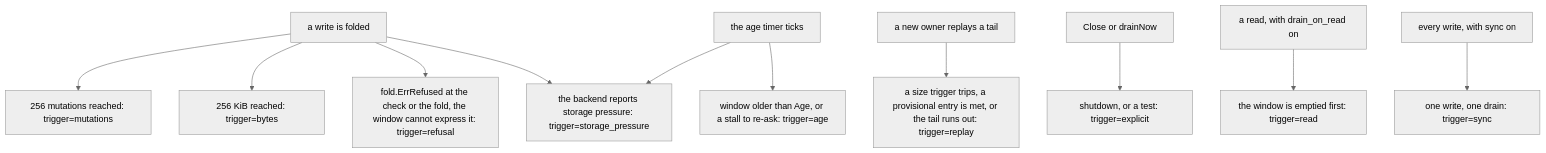
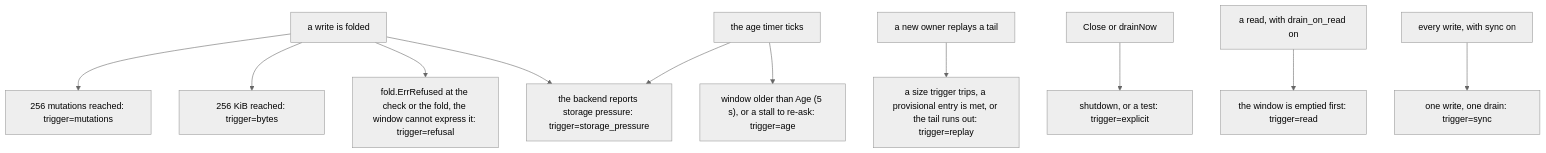
One commit to aromanovich/waltz changed the third of 9 diagrams in docs/handbook/05-write-path.md. Above: the diagram before and after it, drawn with Mermaid (neutral theme). The commit also changed other lines of this file and 15 other files, not shown here.

````diff
--- a/docs/handbook/05-write-path.md
+++ b/docs/handbook/05-write-path.md
@@ -286,13 +273,13 @@
 ```mermaid
 flowchart TD
   W["a write is folded"] --> M["256 mutations reached: trigger=mutations"]
   W --> B["256 KiB reached: trigger=bytes"]
   W --> RF["fold.ErrRefused at the check or the fold, the window cannot express it: trigger=refusal"]
   W --> P["the backend reports storage pressure: trigger=storage_pressure"]
-  T["the age timer ticks"] --> A["window older than Age, or a stall to re-ask: trigger=age"]
+  T["the age timer ticks"] --> A["window older than Age (5 s), or a stall to re-ask: trigger=age"]
   T --> P
   RP["a new owner replays a tail"] --> R["a size trigger trips, a provisional entry is met, or the tail runs out: trigger=replay"]
   X["Close or drainNow"] --> E["shutdown, or a test: trigger=explicit"]
   RD["a read, with drain_on_read on"] --> D["the window is emptied first: trigger=read"]
   S["every write, with sync on"] --> Y["one write, one drain: trigger=sync"]
 ```
````
